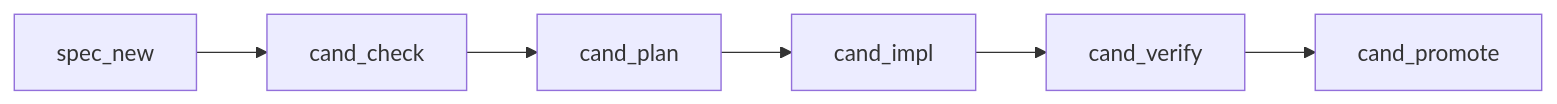
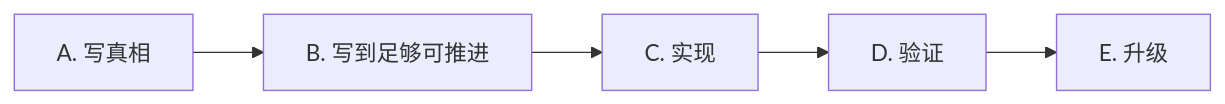
The third of 7 diagrams in README.zh-CN.md (mfblog/specflow), drawn with Mermaid before and after one commit. The commit also changed other lines of this file and 1 other file, not shown here.

````diff
--- a/README.zh-CN.md
+++ b/README.zh-CN.md
@@ -472,8 +365,7 @@
 ```mermaid
 flowchart LR
-    A["spec_new"] --> B["cand_check"]
-    B --> C["cand_plan"]
-    C --> D["cand_impl"]
-    D --> E["cand_verify"]
-    E --> F["cand_promote"]
+    A["A. 写真相"] --> B["B. 写到足够可推进"]
+    B --> C["C. 实现"]
+    C --> D["D. 验证"]
+    D --> E["E. 升级"]
 ```
````
